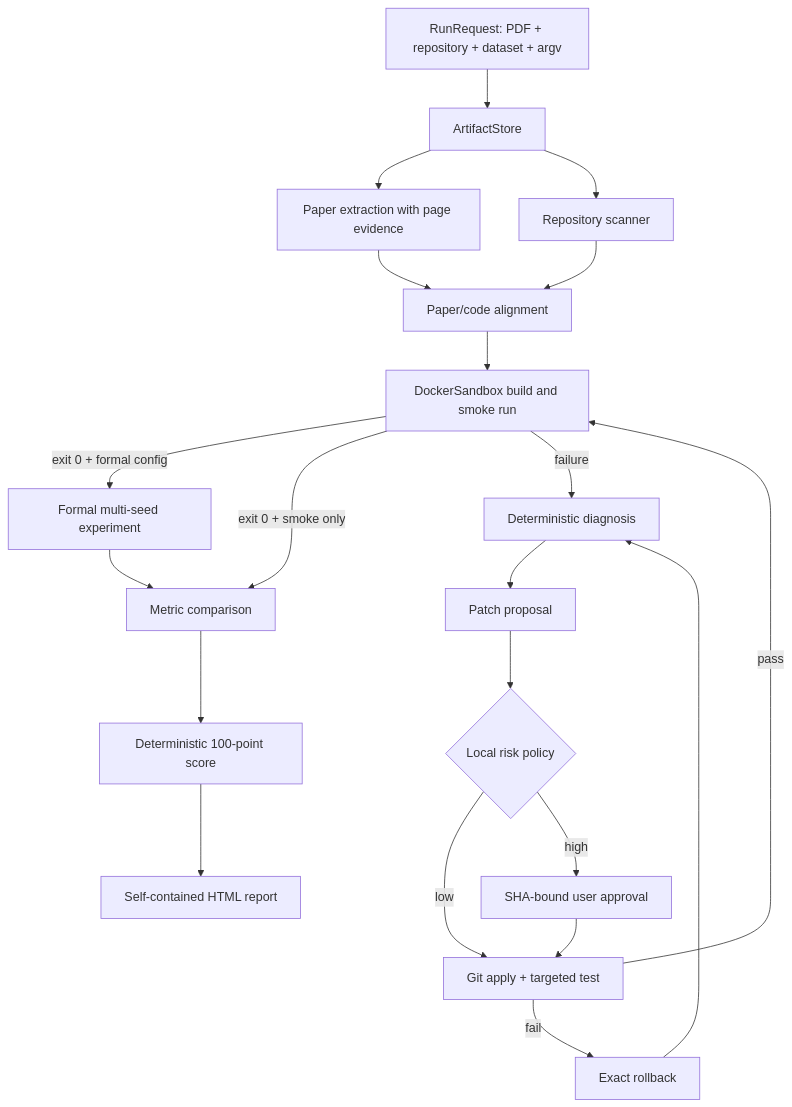
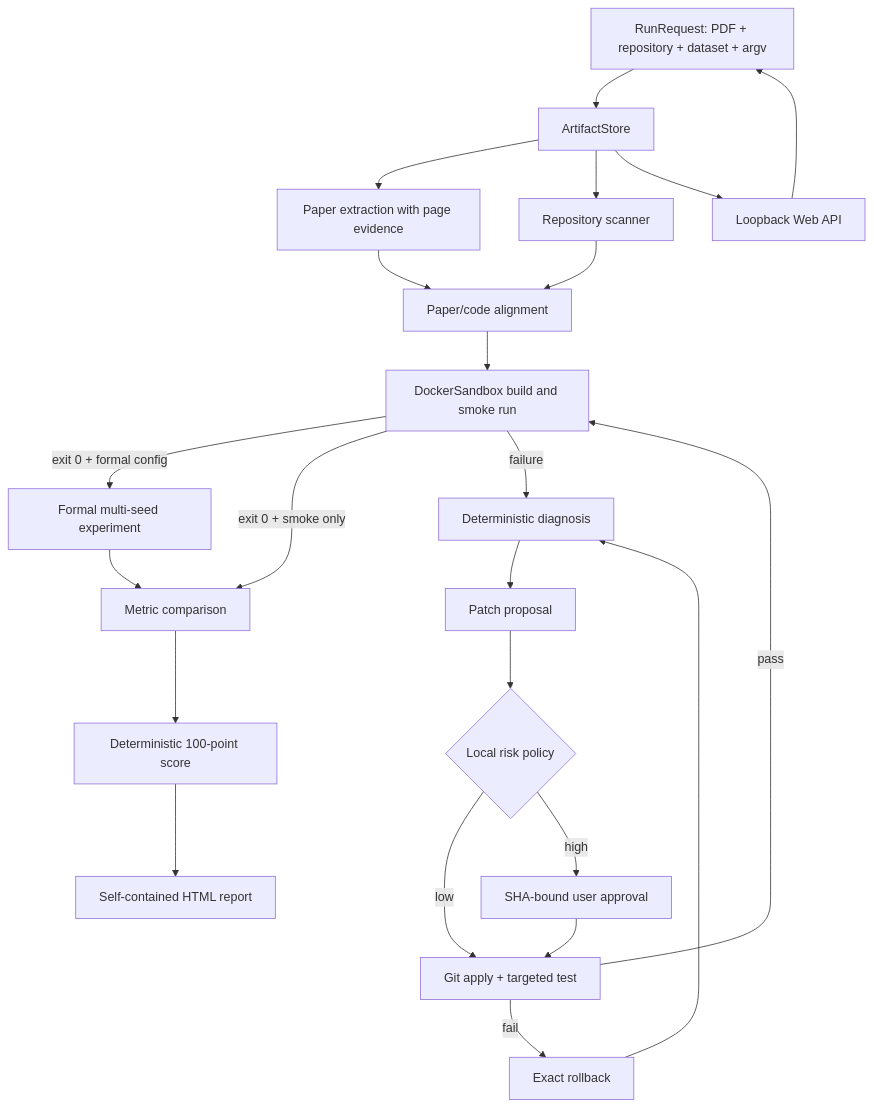
The diagram in docs/architecture.md (yihanx082-cmd/ReproPilot), drawn with Mermaid before and after one commit. The commit also changed other lines of this file and 13 other files, not shown here.

````diff
--- a/docs/architecture.md
+++ b/docs/architecture.md
@@ -7,23 +7,25 @@
 ```mermaid
 flowchart TD
     A["RunRequest: PDF + repository + dataset + argv"] --> B["ArtifactStore"]
     B --> C["Paper extraction with page evidence"]
     B --> D["Repository scanner"]
     C --> E["Paper/code alignment"]
     D --> E
     E --> F["DockerSandbox build and smoke run"]
     F -->|"exit 0 + formal config"| Q["Formal multi-seed experiment"]
     F -->|"exit 0 + smoke only"| K["Metric comparison"]
     Q --> K
     F -->|"failure"| G["Deterministic diagnosis"]
     G --> H["Patch proposal"]
     H --> I{"Local risk policy"}
     I -->|"low"| J["Git apply + targeted test"]
     I -->|"high"| P["SHA-bound user approval"]
     P --> J
     J -->|"pass"| F
     J -->|"fail"| R["Exact rollback"]
     R --> G
     K --> L["Deterministic 100-point score"]
     L --> M["Self-contained HTML report"]
+    W["Loopback Web API"] --> A
+    B --> W
 ```
````
